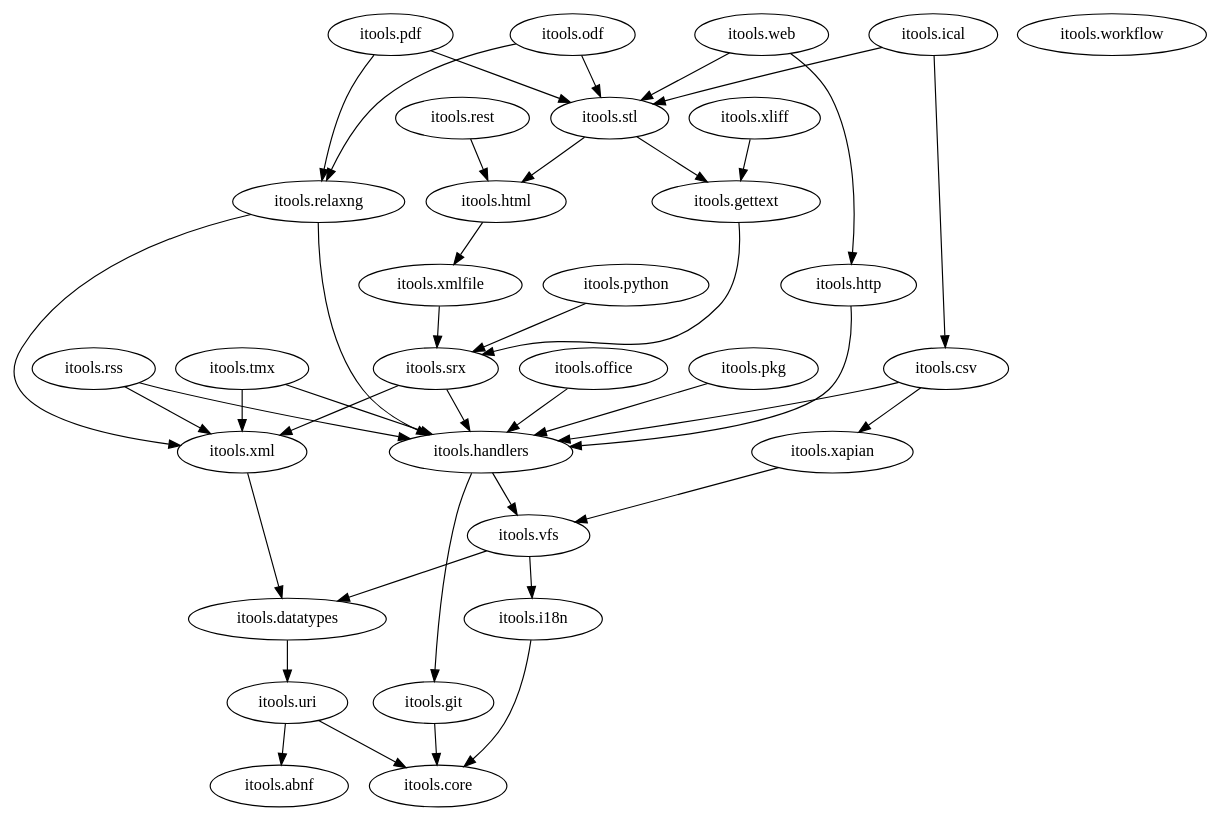
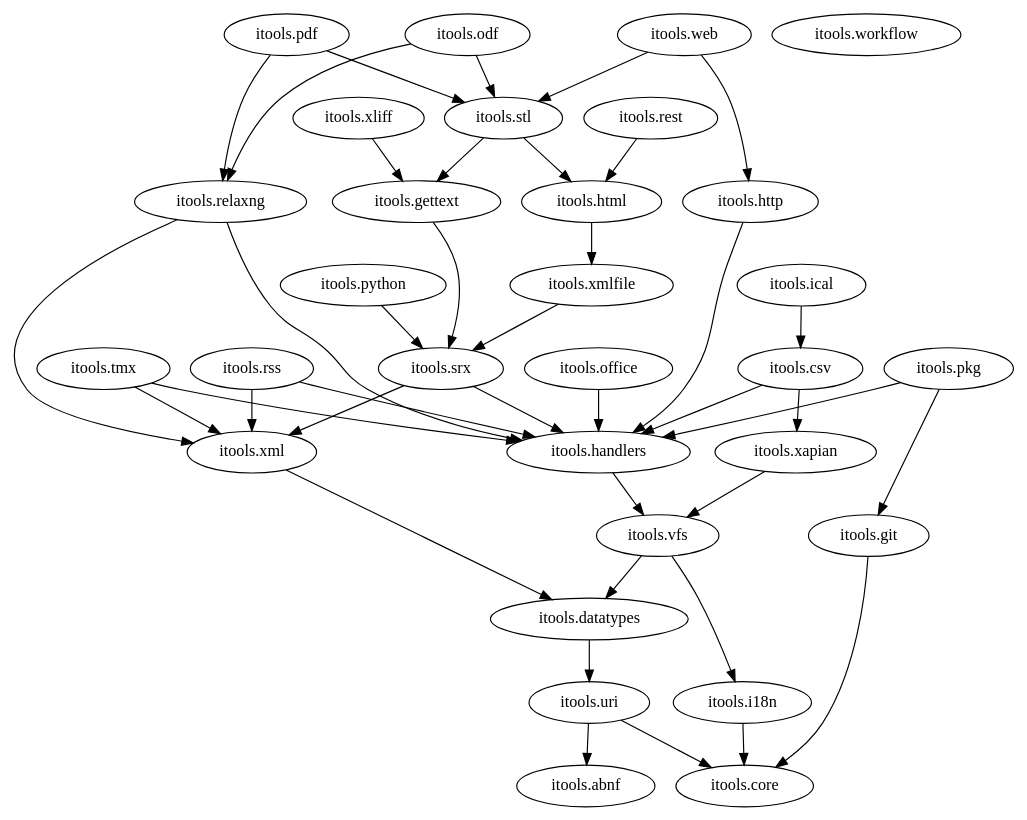
The diagram in itools/figures-src/packages.dot (nkhine/iTools-Documentation), drawn with Graphviz before and after one commit.

Commit message:
Update package dependency graph

```diff
--- a/itools/figures-src/packages.dot
+++ b/itools/figures-src/packages.dot
@@ -1,147 +1,144 @@
 digraph G {
   "itools.abnf";
 
   "itools.core";
 
 #  "itools.csv" -> "itools.core";
 #  "itools.csv" -> "itools.datatypes";
   "itools.csv" -> "itools.handlers";
 #  "itools.csv" -> "itools.vfs";
   "itools.csv" -> "itools.xapian";
 
 #  "itools.datatypes" -> "itools.core";
   "itools.datatypes" -> "itools.uri";
 
 #  "itools.gettext" -> "itools.core";
 #  "itools.gettext" -> "itools.handlers";
   "itools.gettext" -> "itools.srx";
 #  "itools.gettext" -> "itools.xml";
 
   "itools.git" -> "itools.core";
 
 #  "itools.handlers" -> "itools.core";
 #  "itools.handlers" -> "itools.datatypes";
-  "itools.handlers" -> "itools.git";
 #  "itools.handlers" -> "itools.uri";
   "itools.handlers" -> "itools.vfs";
 
 #  "itools.html" -> "itools.core";
 #  "itools.html" -> "itools.datatypes";
 #  "itools.html" -> "itools.handlers";
 #  "itools.html" -> "itools.xml";
   "itools.html" -> "itools.xmlfile";
 
 #  "itools.http" -> "itools.datatypes";
   "itools.http" -> "itools.handlers";
 #  "itools.http" -> "itools.i18n";
 #  "itools.http" -> "itools.uri";
 
   "itools.i18n" -> "itools.core";
 
 #  "itools.ical" -> "itools.core";
   "itools.ical" -> "itools.csv";
 #  "itools.ical" -> "itools.datatypes";
 #  "itools.ical" -> "itools.handlers";
-#  "itools.ical" -> "itools.html";
-  "itools.ical" -> "itools.stl";
 #  "itools.ical" -> "itools.xapian";
 
 #  "itools.odf" -> "itools.core";
 #  "itools.odf" -> "itools.datatypes";
 #  "itools.odf" -> "itools.handlers";
   "itools.odf" -> "itools.relaxng";
   "itools.odf" -> "itools.stl";
 #  "itools.odf" -> "itools.xml";
 #  "itools.odf" -> "itools.xmlfile";
 
   "itools.office" -> "itools.handlers";
 
 #  "itools.pdf" -> "itools.core";
 #  "itools.pdf" -> "itools.datatypes";
 #  "itools.pdf" -> "itools.handlers";
   "itools.pdf" -> "itools.relaxng";
   "itools.pdf" -> "itools.stl";
 #  "itools.pdf" -> "itools.uri";
 #  "itools.pdf" -> "itools.vfs";
 #  "itools.pdf" -> "itools.xml";
 #  "itools.pdf" -> "itools.xmlfile";
 
 #  "itools.pkg" -> "itools.core";
 #  "itools.pkg" -> "itools.datatypes";
-#  "itools.pkg" -> "itools.git";
+  "itools.pkg" -> "itools.git";
   "itools.pkg" -> "itools.handlers";
 #  "itools.pkg" -> "itools.uri";
 #  "itools.pkg" -> "itools.vfs";
 
 #  "itools.python" -> "itools.handlers";
   "itools.python" -> "itools.srx";
 
 #  "itools.relaxng" -> "itools.core";
 #  "itools.relaxng" -> "itools.datatypes";
   "itools.relaxng" -> "itools.handlers";
   "itools.relaxng" -> "itools.xml";
 #  "itools.relaxng" -> "itools.uri";
 #  "itools.relaxng" -> "itools.vfs";
 
 #  "itools.rest" -> "itools.handlers";
   "itools.rest" -> "itools.html";
 #  "itools.rest" -> "itools.xml";
 
 #  "itools.rss" -> "itools.core";
 #  "itools.rss" -> "itools.datatypes";
   "itools.rss" -> "itools.handlers";
   "itools.rss" -> "itools.xml";
 
 #  "itools.stl" -> "itools.core";
 #  "itools.stl" -> "itools.datatypes";
   "itools.stl" -> "itools.gettext";
   "itools.stl" -> "itools.html";
 #  "itools.stl" -> "itools.uri";
 #  "itools.stl" -> "itools.xml";
 
 #  "itools.srx" -> "itools.core";
   "itools.srx" -> "itools.handlers";
   "itools.srx" -> "itools.xml";
 
 #  "itools.tmx" -> "itools.core";
 #  "itools.tmx" -> "itools.datatypes";
   "itools.tmx" -> "itools.handlers";
   "itools.tmx" -> "itools.xml";
 
   "itools.uri" -> "itools.abnf";
   "itools.uri" -> "itools.core";
 
 #  "itools.vfs" -> "itools.core";
   "itools.vfs" -> "itools.datatypes";
   "itools.vfs" -> "itools.i18n";
 
 #  "itools.web" -> "itools.core";
 #  "itools.web" -> "itools.datatypes";
 #  "itools.web" -> "itools.gettext";
 #  "itools.web" -> "itools.handlers";
   "itools.web" -> "itools.http";
 #  "itools.web" -> "itools.i18n";
   "itools.web" -> "itools.stl";
 #  "itools.web" -> "itools.uri";
 
   "itools.workflow";
 
 #  "itools.xapian" -> "itools.datatypes";
 #  "itools.xapian" -> "itools.i18n";
 #  "itools.xapian" -> "itools.uri";
   "itools.xapian" -> "itools.vfs";
 
 #  "itools.xliff" -> "itools.core";
 #  "itools.xliff" -> "itools.datatypes";
   "itools.xliff" -> "itools.gettext";
 #  "itools.xliff" -> "itools.handlers";
 #  "itools.xliff" -> "itools.srx";
 #  "itools.xliff" -> "itools.xml";
 
   "itools.xml" -> "itools.datatypes";
 
 #  "itools.xmlfile" -> "itools.datatypes";
 #  "itools.xmlfile" -> "itools.handlers";
   "itools.xmlfile" -> "itools.srx";
 #  "itools.xmlfile" -> "itools.xml";
 }
```
